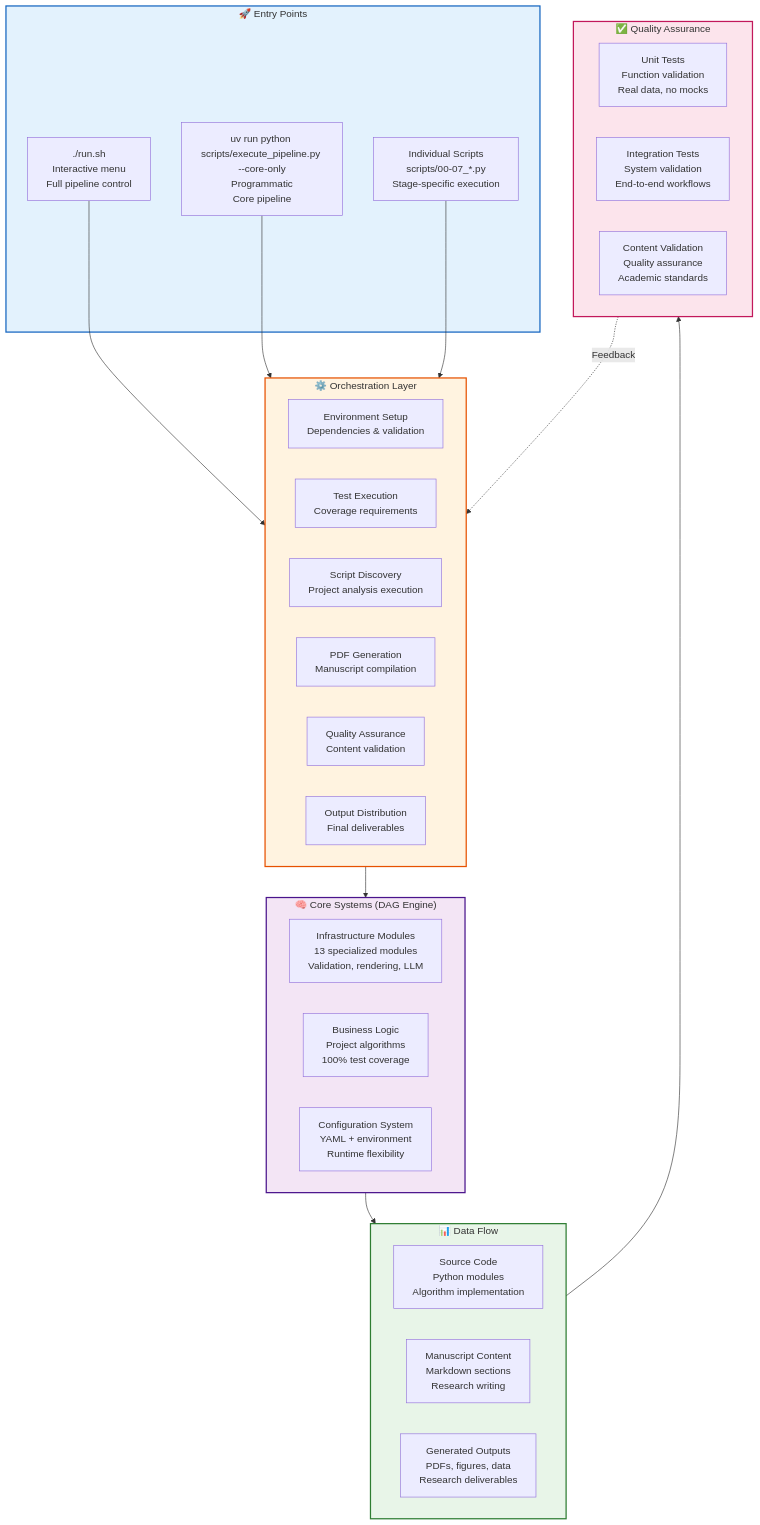
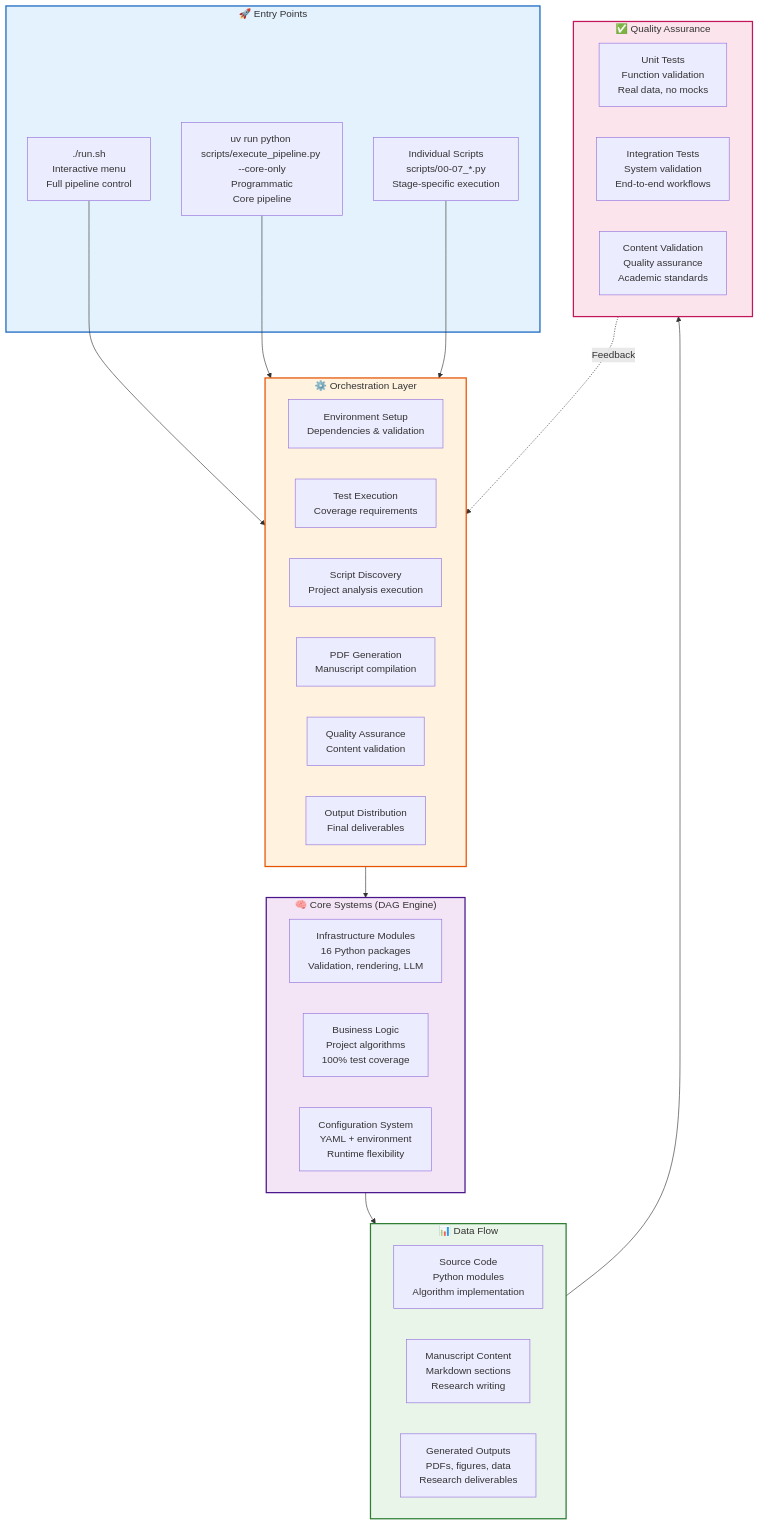
Before and after one commit to docxology/template: the third of 8 diagrams in .github/README.md, drawn with Mermaid. The commit also changed other lines of this file and 952 other files, not shown here.

````diff
--- a/.github/README.md
+++ b/.github/README.md
@@ -196,57 +196,57 @@
 ```mermaid
 graph TB
     subgraph Entry["🚀 Entry Points"]
         RUNSH[./run.sh<br/>Interactive menu<br/>Full pipeline control]
         RUNALL[uv run python scripts/execute_pipeline.py --core-only<br/>Programmatic<br/>Core pipeline]
         INDIVIDUAL[Individual Scripts<br/>scripts/00-07_*.py<br/>Stage-specific execution]
     end
 
     subgraph Orchestration["⚙️ Orchestration Layer"]
         SETUP[Environment Setup<br/>Dependencies & validation]
         TESTING[Test Execution<br/>Coverage requirements]
         ANALYSIS[Script Discovery<br/>Project analysis execution]
         RENDERING[PDF Generation<br/>Manuscript compilation]
         VALIDATION[Quality Assurance<br/>Content validation]
         DELIVERY[Output Distribution<br/>Final deliverables]
     end
 
     subgraph Core["🧠 Core Systems (DAG Engine)"]
-        INFRASTRUCTURE[Infrastructure Modules<br/>13 specialized modules<br/>Validation, rendering, LLM]
+        INFRASTRUCTURE[Infrastructure Modules<br/>16 Python packages<br/>Validation, rendering, LLM]
         BUSINESS_LOGIC[Business Logic<br/>Project algorithms<br/>100% test coverage]
         CONFIGURATION[Configuration System<br/>YAML + environment<br/>Runtime flexibility]
     end
 
     subgraph Data["📊 Data Flow"]
         SOURCE_CODE[Source Code<br/>Python modules<br/>Algorithm implementation]
         MANUSCRIPT_CONTENT[Manuscript Content<br/>Markdown sections<br/>Research writing]
         GENERATED_OUTPUTS[Generated Outputs<br/>PDFs, figures, data<br/>Research deliverables]
     end
 
     subgraph Quality["✅ Quality Assurance"]
         UNIT_TESTS[Unit Tests<br/>Function validation<br/>Real data, no mocks]
         INTEGRATION_TESTS[Integration Tests<br/>System validation<br/>End-to-end workflows]
         VALIDATION_CHECKS[Content Validation<br/>Quality assurance<br/>Academic standards]
     end
 
     RUNSH --> Orchestration
     RUNALL --> Orchestration
     INDIVIDUAL --> Orchestration
 
     Orchestration --> Core
     Core --> Data
     Data --> Quality
 
     Quality -.->|Feedback| Orchestration
 
     classDef entry fill:#e3f2fd,stroke:#1565c0,stroke-width:2px
     classDef orchestration fill:#fff3e0,stroke:#e65100,stroke-width:2px
     classDef core fill:#f3e5f5,stroke:#4a148c,stroke-width:2px
     classDef data fill:#e8f5e8,stroke:#2e7d32,stroke-width:2px
     classDef quality fill:#fce4ec,stroke:#c2185b,stroke-width:2px
 
     class Entry entry
     class Orchestration orchestration
     class Core core
     class Data data
     class Quality quality
 ```
````
